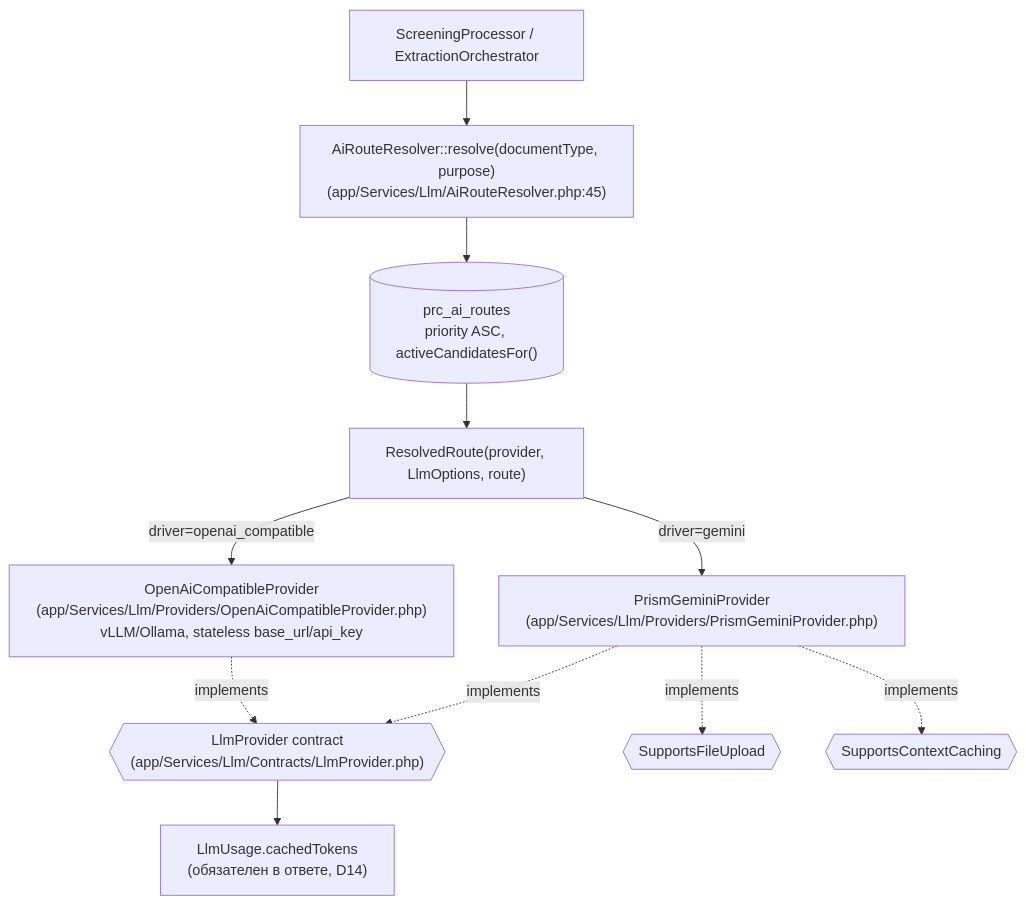
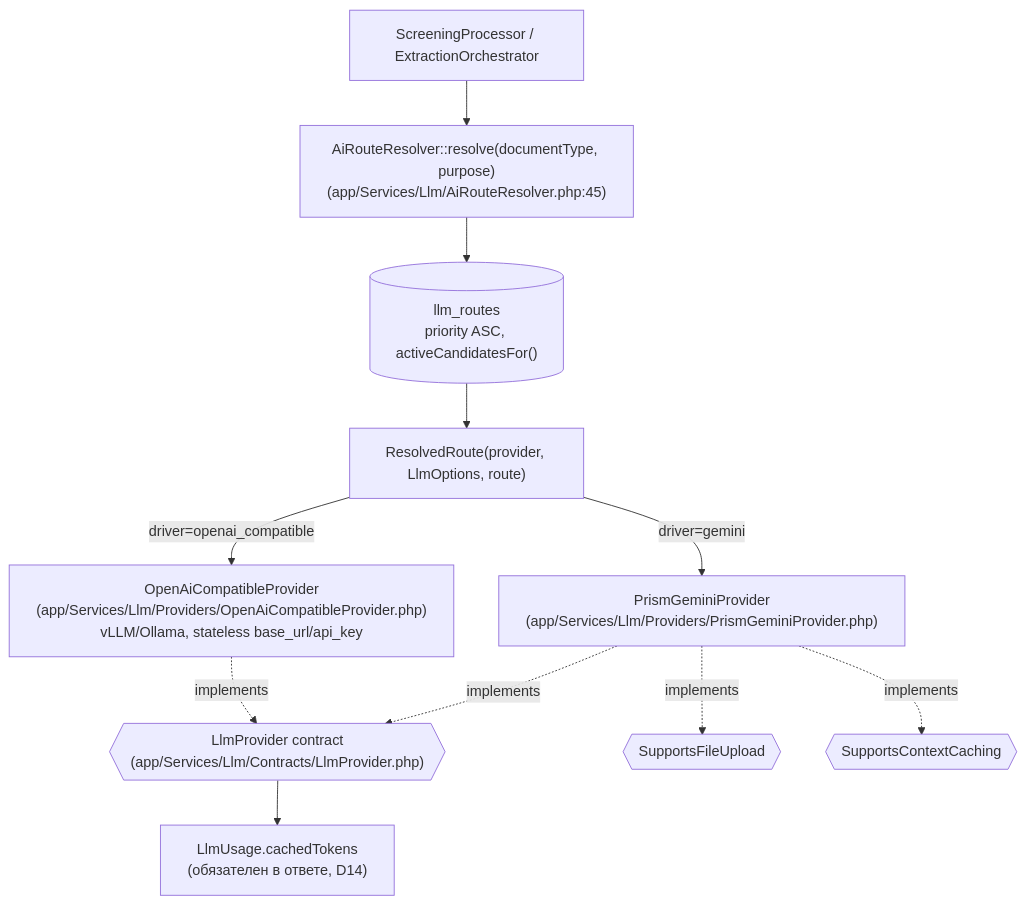
The diagram in docs/03_Dev/llm-providers.md (axiomasoft/agelto), drawn with Mermaid before and after one commit. The commit also changed other lines of this file and 84 other files, not shown here.

````diff
--- a/docs/03_Dev/llm-providers.md
+++ b/docs/03_Dev/llm-providers.md
@@ -16,24 +16,24 @@
 ```mermaid
 flowchart TB
     Caller["ScreeningProcessor / ExtractionOrchestrator"]
     Resolver["AiRouteResolver::resolve(documentType, purpose)<br/>(app/Services/Llm/AiRouteResolver.php:45)"]
-    Routes[("prc_ai_routes<br/>priority ASC, activeCandidatesFor()")]
+    Routes[("llm_routes<br/>priority ASC, activeCandidatesFor()")]
     Resolved["ResolvedRoute(provider, LlmOptions, route)"]
     Gemini["PrismGeminiProvider<br/>(app/Services/Llm/Providers/PrismGeminiProvider.php)"]
     OpenAiCompat["OpenAiCompatibleProvider<br/>(app/Services/Llm/Providers/OpenAiCompatibleProvider.php)<br/>vLLM/Ollama, stateless base_url/api_key"]
     Contract{{"LlmProvider contract<br/>(app/Services/Llm/Contracts/LlmProvider.php)"}}
     FileUpload{{"SupportsFileUpload"}}
     Cache{{"SupportsContextCaching"}}
     Usage["LlmUsage.cachedTokens<br/>(обязателен в ответе, D14)"]
 
     Caller --> Resolver
     Resolver --> Routes
     Routes --> Resolved
     Resolved -->|driver=gemini| Gemini
     Resolved -->|driver=openai_compatible| OpenAiCompat
     Gemini -.implements.-> Contract
     OpenAiCompat -.implements.-> Contract
     Gemini -.implements.-> FileUpload
     Gemini -.implements.-> Cache
     Contract --> Usage
 ```
````
